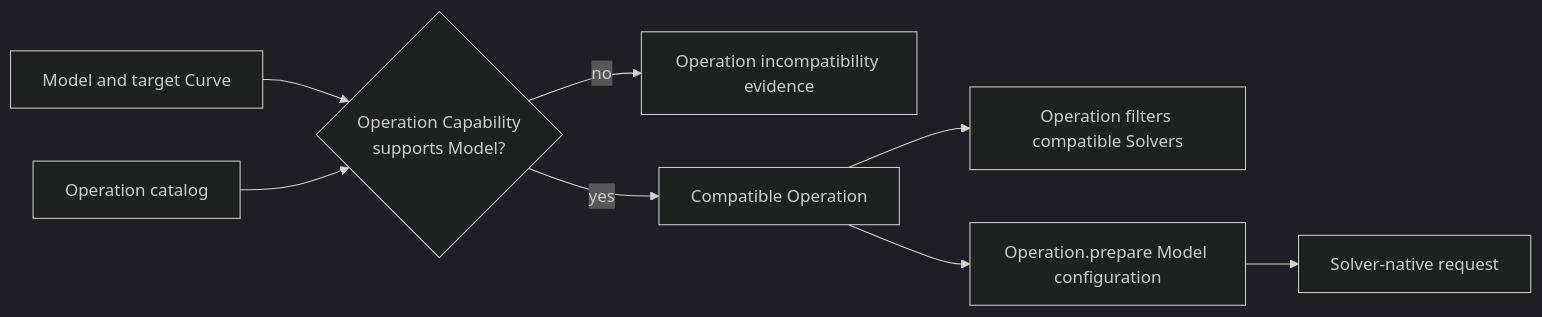
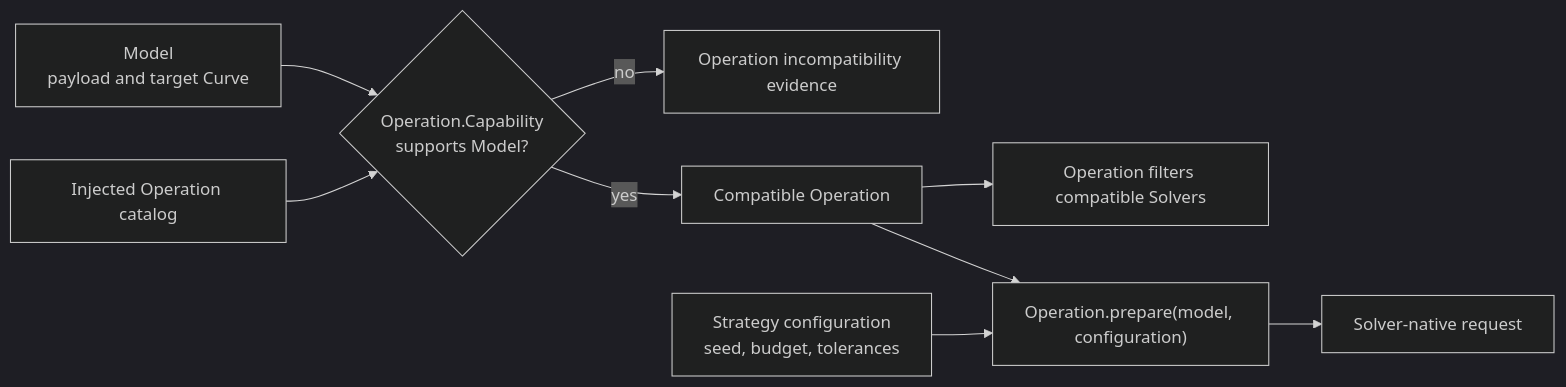
Before and after one commit to chin/hybrid-ai-quantum-platform: diagram 14 of 23 in docs/mermaid-object-collaboration.md, drawn with Mermaid (dark theme). The commit also changed other lines of this file and 66 other files, not shown here.

````diff
--- a/docs/mermaid-object-collaboration.md
+++ b/docs/mermaid-object-collaboration.md
@@ -194,18 +458,19 @@
 ```mermaid
 flowchart LR
-    M[Model and target Curve]
-    OC[Operation catalog]
-    CAP{Operation Capability<br/>supports Model?}
-    REJ[Operation incompatibility evidence]
-    OP[Compatible Operation]
-    SOL[Operation filters compatible Solvers]
-    PREP[Operation.prepare Model configuration]
-    REQ[Solver-native request]
+    M["Model<br/>payload and target Curve"]
+    OC["Injected Operation catalog"]
+    CAP{"Operation.Capability<br/>supports Model?"}
+    REJ["Operation incompatibility evidence"]
+    OP["Compatible Operation"]
+    SOL["Operation filters compatible Solvers"]
+    CFG["Strategy configuration<br/>seed, budget, tolerances"]
+    PREP["Operation.prepare(model, configuration)"]
+    REQ["Solver-native request"]
 
     M --> CAP
     OC --> CAP
     CAP -->|no| REJ
-    CAP -->|yes| OP
-    OP --> SOL
-    OP --> PREP --> REQ
+    CAP -->|yes| OP --> SOL
+    OP --> PREP
+    CFG --> PREP --> REQ
 ```
````
